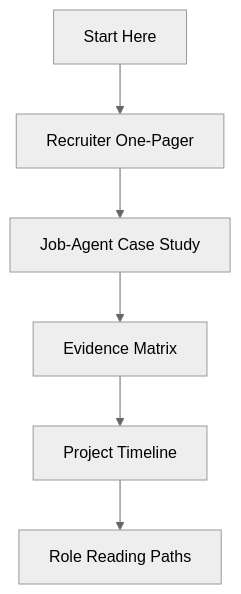
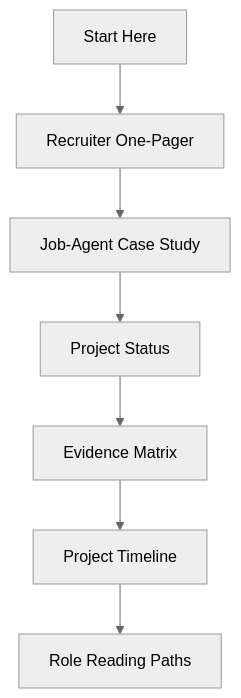
The diagram in NAVIGATION.md (marcus-uden-dev/ai-native-proof-of-work), drawn with Mermaid (neutral theme) before and after one commit. The commit also changed other lines of this file and 12 other files, not shown here.

Commit message:
Update project status summaries

````diff
--- a/NAVIGATION.md
+++ b/NAVIGATION.md
@@ -71,8 +74,9 @@
 ```mermaid
 flowchart TD
     A["Start Here"] --> B["Recruiter One-Pager"]
     B --> C["Job-Agent Case Study"]
-    C --> D["Evidence Matrix"]
-    D --> E["Project Timeline"]
-    E --> F["Role Reading Paths"]
+    C --> D["Project Status"]
+    D --> E["Evidence Matrix"]
+    E --> F["Project Timeline"]
+    F --> G["Role Reading Paths"]
 ```
````
